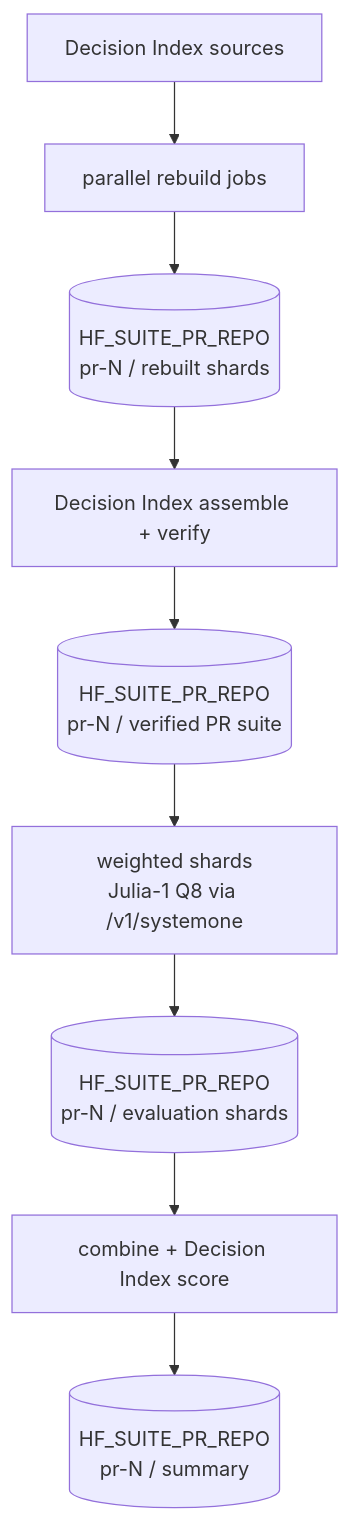
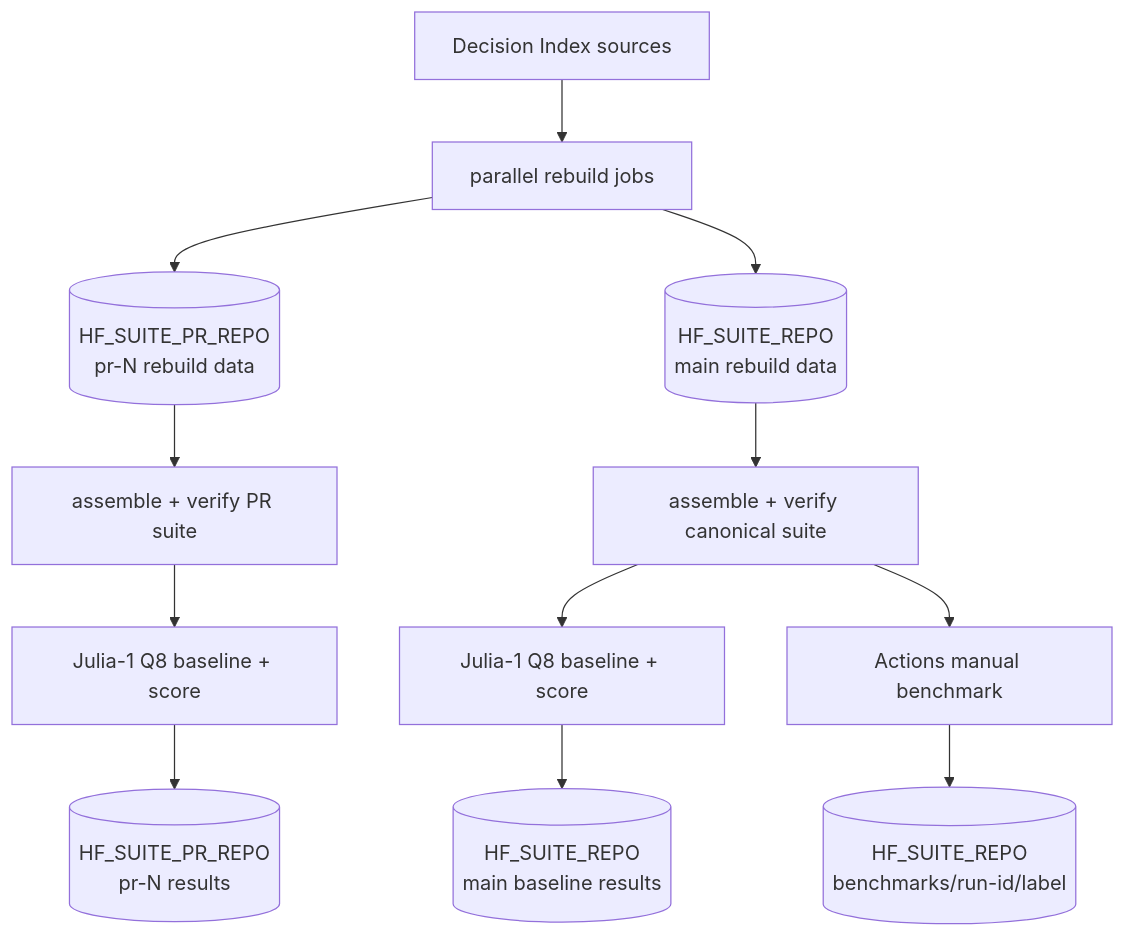
One commit to datGryphon/systemone-eval changed the first of 2 diagrams in .github/PIPELINE.md. Above: the diagram before and after it, drawn with Mermaid. The commit also changed other lines of this file, not shown here.

Commit message:
docs: separate data lifecycle from evaluation flow

````diff
--- a/.github/PIPELINE.md
+++ b/.github/PIPELINE.md
@@ -15,14 +15,20 @@
 ```mermaid
 flowchart TD
-    A[Decision Index sources]
-    B[parallel rebuild jobs]
-    C[(HF_SUITE_PR_REPO<br/>pr-N / rebuilt shards)]
-    D[Decision Index assemble + verify]
-    E[(HF_SUITE_PR_REPO<br/>pr-N / verified PR suite)]
-    F[weighted shards<br/>Julia-1 Q8 via /v1/systemone]
-    G[(HF_SUITE_PR_REPO<br/>pr-N / evaluation shards)]
-    H[combine + Decision Index score]
-    I[(HF_SUITE_PR_REPO<br/>pr-N / summary)]
+    SOURCES[Decision Index sources]
+    REBUILD[parallel rebuild jobs]
 
-    A --> B --> C --> D --> E --> F --> G --> H --> I
+    SOURCES --> REBUILD
+
+    REBUILD --> PR_DATA[(HF_SUITE_PR_REPO<br/>pr-N rebuild data)]
+    PR_DATA --> PR_SUITE[assemble + verify PR suite]
+    PR_SUITE --> PR_BASELINE[Julia-1 Q8 baseline + score]
+    PR_BASELINE --> PR_RESULTS[(HF_SUITE_PR_REPO<br/>pr-N results)]
+
+    REBUILD --> MAIN_DATA[(HF_SUITE_REPO<br/>main rebuild data)]
+    MAIN_DATA --> MAIN_SUITE[assemble + verify canonical suite]
+    MAIN_SUITE --> MAIN_BASELINE[Julia-1 Q8 baseline + score]
+    MAIN_BASELINE --> MAIN_RESULTS[(HF_SUITE_REPO<br/>main baseline results)]
+
+    MAIN_SUITE --> MANUAL[Actions manual benchmark]
+    MANUAL --> MANUAL_RESULTS[(HF_SUITE_REPO<br/>benchmarks/run-id/label)]
 ```
````
